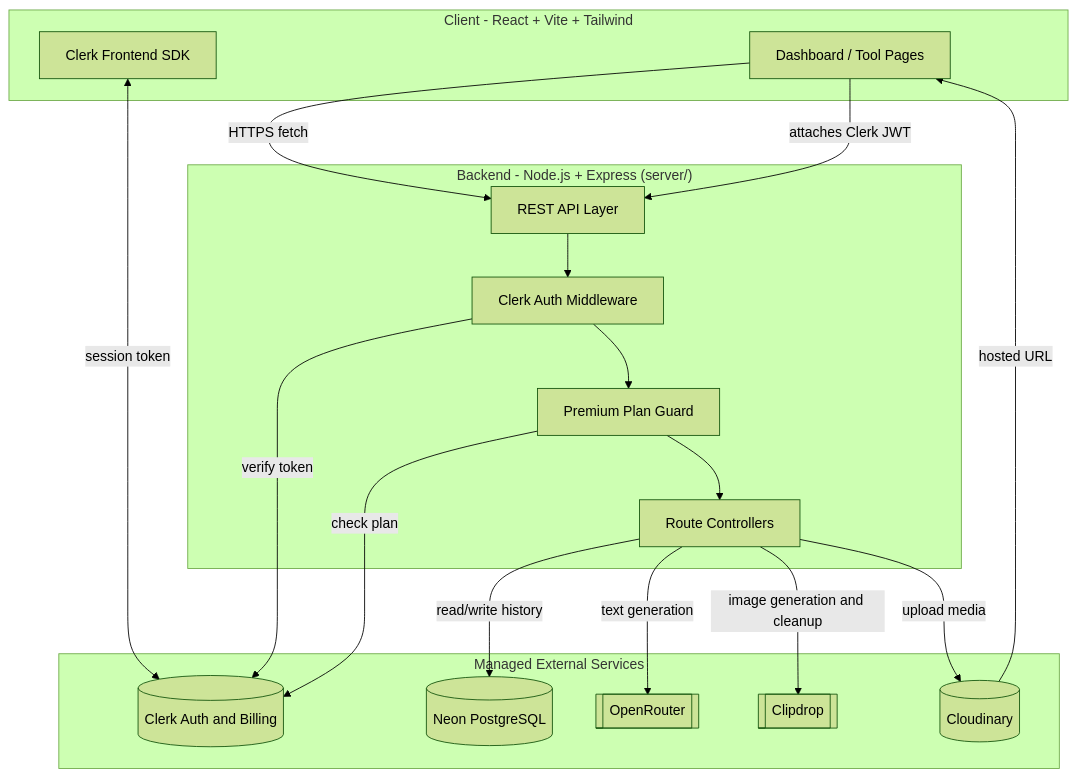
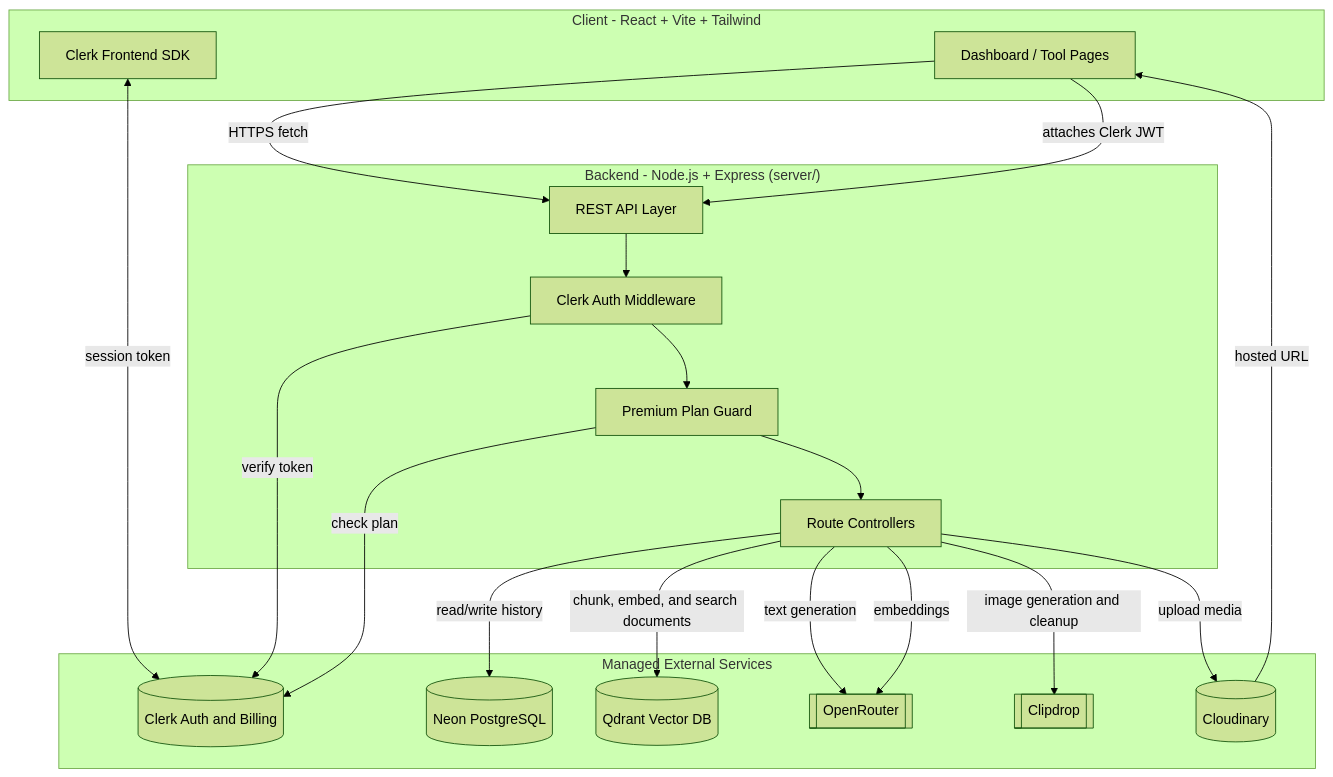
Before and after one commit to tanmayanand840/ai-saas-platform: the diagram in README.md, drawn with Mermaid (forest theme). The commit also changed other lines of this file, not shown here.

````diff
--- a/README.md
+++ b/README.md
@@ -81,37 +88,40 @@
 ```mermaid
 flowchart TB
     subgraph Client["Client - React + Vite + Tailwind"]
         UI[Dashboard / Tool Pages]
         ClerkFE[Clerk Frontend SDK]
     end
 
     subgraph Server["Backend - Node.js + Express (server/)"]
         API[REST API Layer]
         AuthMW[Clerk Auth Middleware]
         PremiumMW[Premium Plan Guard]
         Ctrl[Route Controllers]
     end
 
     subgraph External["Managed External Services"]
         ClerkBE[(Clerk Auth and Billing)]
         Neon[(Neon PostgreSQL)]
+        Qdrant[(Qdrant Vector DB)]
         OpenRouter[[OpenRouter]]
         Clipdrop[[Clipdrop]]
         Cloudinary[(Cloudinary)]
     end
 
     UI -->|HTTPS fetch| API
     ClerkFE <-->|session token| ClerkBE
     UI -->|attaches Clerk JWT| API
 
     API --> AuthMW --> PremiumMW --> Ctrl
     AuthMW -->|verify token| ClerkBE
     PremiumMW -->|check plan| ClerkBE
 
     Ctrl -->|read/write history| Neon
     Ctrl -->|text generation| OpenRouter
     Ctrl -->|image generation and cleanup| Clipdrop
     Ctrl -->|upload media| Cloudinary
+    Ctrl -->|chunk, embed, and search documents| Qdrant
+    Ctrl -->|embeddings| OpenRouter
 
     Cloudinary -->|hosted URL| UI
 ```
````
